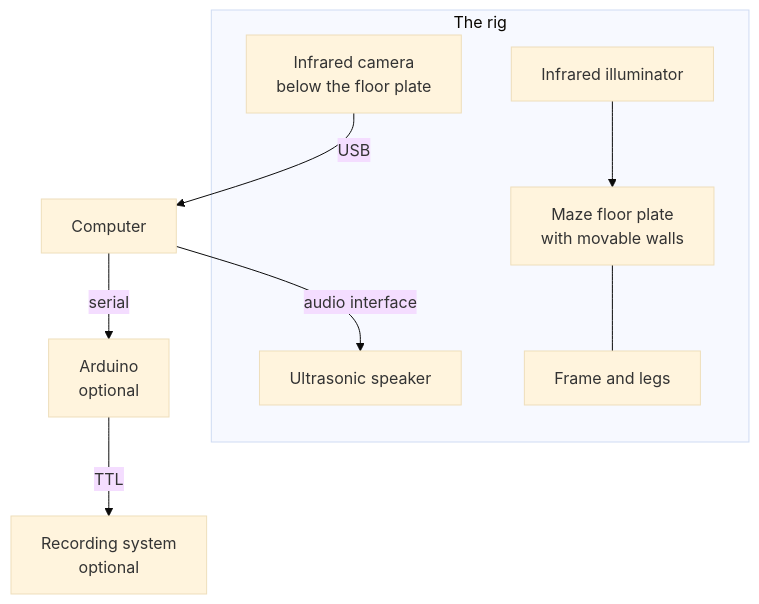
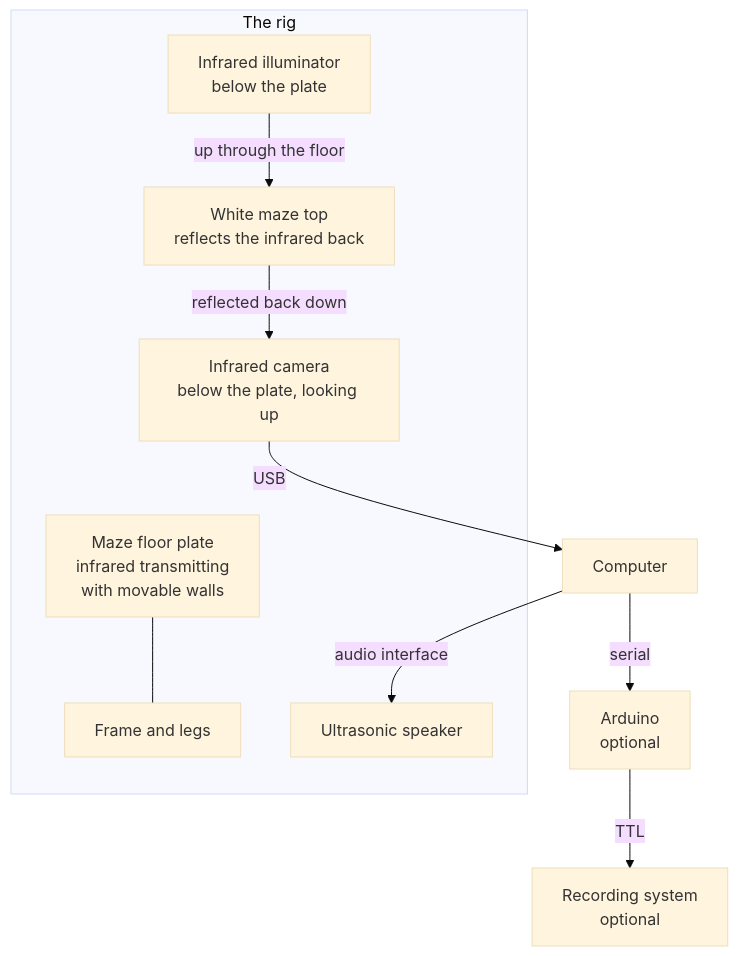
The diagram in docs/hardware/build.md (MaravallLab/aMAZEing-maze), drawn with Mermaid (base theme) before and after one commit. The commit also changed other lines of this file and 2 other files, not shown here.

````diff
--- a/docs/hardware/build.md
+++ b/docs/hardware/build.md
@@ -9,20 +9,22 @@
 ```mermaid
 flowchart TB
     subgraph rig["The rig"]
-        cam[Infrared camera<br/>below the floor plate]
-        ill[Infrared illuminator]
+        top[White maze top<br/>reflects the infrared back]
+        maze[Maze floor plate<br/>infrared transmitting<br/>with movable walls]
+        cam[Infrared camera<br/>below the plate, looking up]
+        ill[Infrared illuminator<br/>below the plate]
         spk[Ultrasonic speaker]
-        maze[Maze floor plate<br/>with movable walls]
         frame[Frame and legs]
     end
     pc[Computer]
     ard[Arduino<br/>optional]
     rec[Recording system<br/>optional]
 
     cam -->|USB| pc
     pc -->|audio interface| spk
     pc -->|serial| ard
     ard -->|TTL| rec
     maze --- frame
-    ill --> maze
+    ill -->|up through the floor| top
+    top -->|reflected back down| cam
 ```
````
